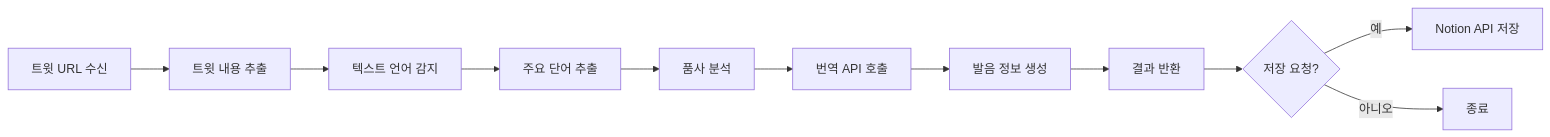
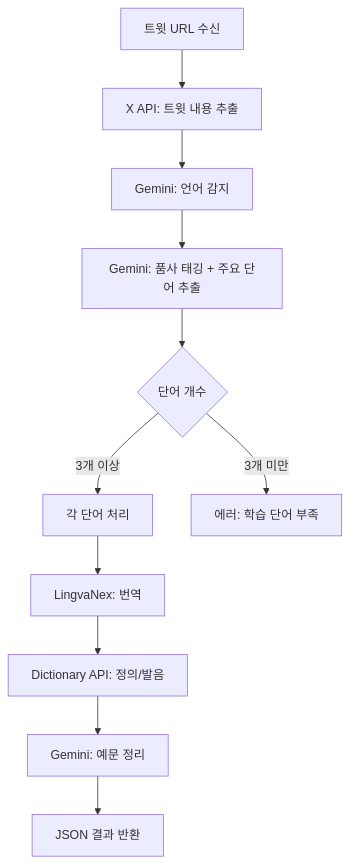
Before and after one commit to wrtn-edu-swu-bootcamp/project_16: the sixth of 8 diagrams in docs/서비스_기획안.md, drawn with Mermaid. The commit also changed other lines of this file and 2 other files, not shown here.

````diff
--- a/docs/서비스_기획안.md
+++ b/docs/서비스_기획안.md
@@ -360,13 +388,13 @@
 ```mermaid
-flowchart LR
-    A[트윗 URL 수신] --> B[트윗 내용 추출]
-    B --> C[텍스트 언어 감지]
-    C --> D[주요 단어 추출]
-    D --> E[품사 분석]
-    E --> F[번역 API 호출]
-    F --> G[발음 정보 생성]
-    G --> H[결과 반환]
-    H --> I{저장 요청?}
-    I -->|예| J[Notion API 저장]
-    I -->|아니오| K[종료]
+flowchart TD
+    A[트윗 URL 수신] --> B[X API: 트윗 내용 추출]
+    B --> C[Gemini: 언어 감지]
+    C --> D[Gemini: 품사 태깅 + 주요 단어 추출]
+    D --> E{단어 개수}
+    E -->|3개 이상| F[각 단어 처리]
+    E -->|3개 미만| G[에러: 학습 단어 부족]
+    F --> H[LingvaNex: 번역]
+    H --> I[Dictionary API: 정의/발음]
+    I --> J[Gemini: 예문 정리]
+    J --> K[JSON 결과 반환]
 ```
````
